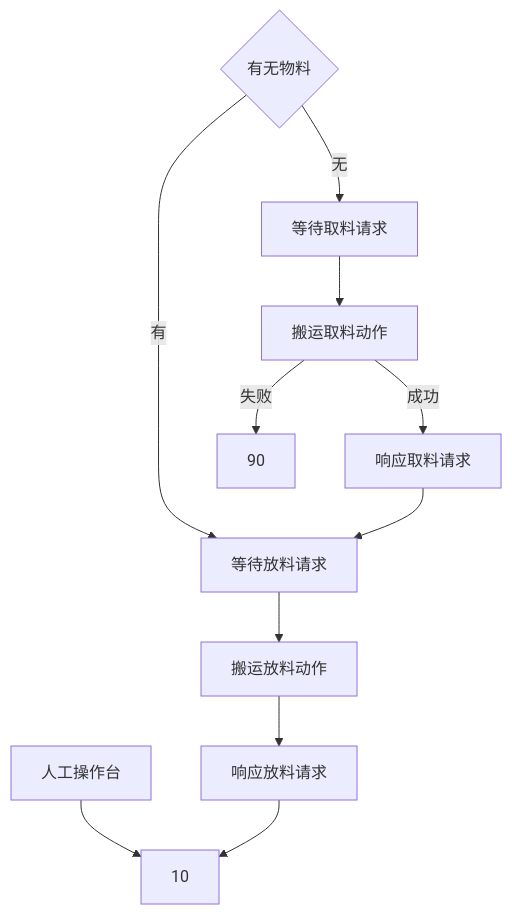
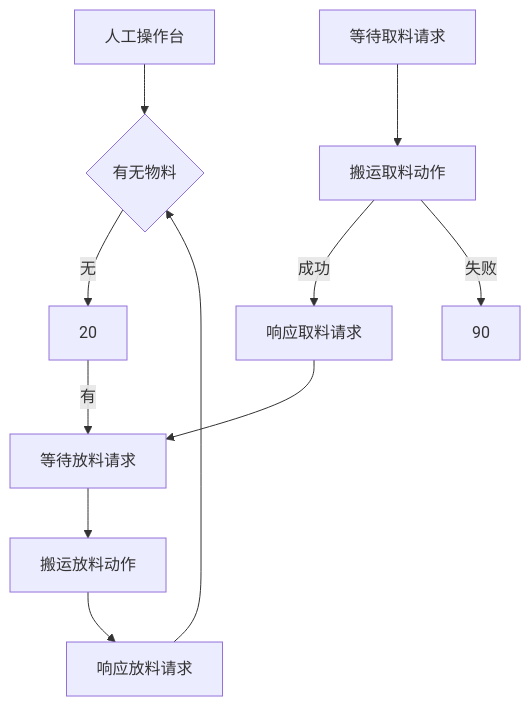
One commit to PengKun1/iodraw-files changed the diagram in all/未命名-4.md. Above: the diagram before and after it, drawn with Mermaid.

Commit message:
2024-12-20 14:43:13 update

````diff
--- a/all/未命名-4.md
+++ b/all/未命名-4.md
@@ -1,14 +1,13 @@
 ```mermaid
 graph TD
 0[人工操作台]-->10
-
-20{有无物料}-->|无|30
+10{有无物料}-->|无|20
 20-->|有|60
 30[等待取料请求]-->40
 40[搬运取料动作]-->|成功|50
 40-->|失败|90
 50[响应取料请求]-->60
 60[等待放料请求]-->70
 70[搬运放料动作]-->80
 80[响应放料请求]-->10
 ```
````
